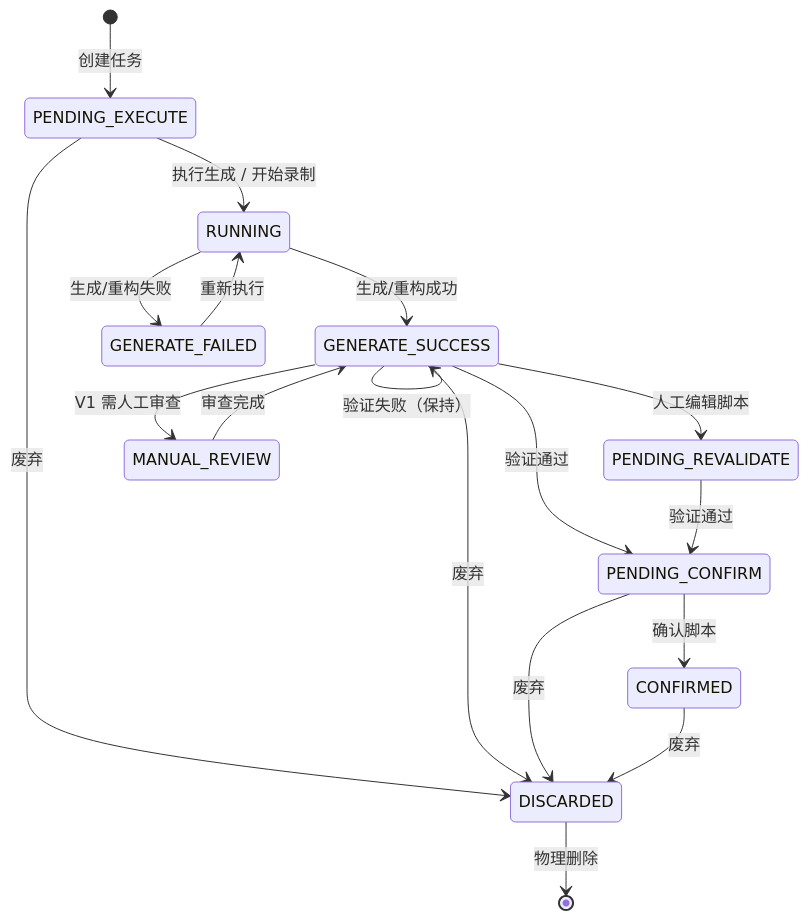
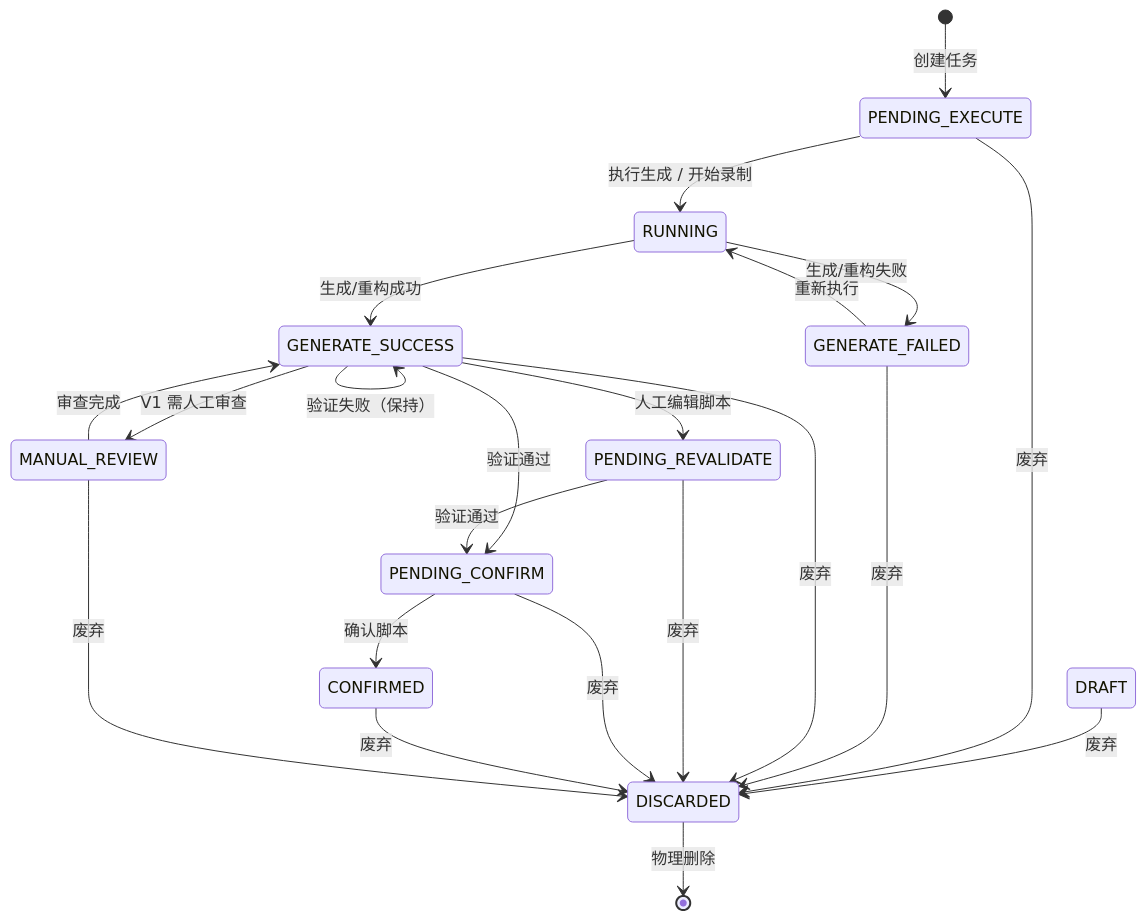
Before and after one commit to zuozuo0320/TestPilot: the third of 6 diagrams in docs/测试管理平台-测试智编模块业务逻辑全景分析-20260402.md, drawn with Mermaid. The commit also changed other lines of this file and 10 other files, not shown here.

````diff
--- a/docs/测试管理平台-测试智编模块业务逻辑全景分析-20260402.md
+++ b/docs/测试管理平台-测试智编模块业务逻辑全景分析-20260402.md
@@ -79,26 +79,30 @@
 ```mermaid
 stateDiagram-v2
     [*] --> PENDING_EXECUTE: 创建任务
 
     PENDING_EXECUTE --> RUNNING: 执行生成 / 开始录制
     RUNNING --> GENERATE_SUCCESS: 生成/重构成功
     RUNNING --> GENERATE_FAILED: 生成/重构失败
     GENERATE_FAILED --> RUNNING: 重新执行
 
     GENERATE_SUCCESS --> PENDING_REVALIDATE: 人工编辑脚本
     GENERATE_SUCCESS --> PENDING_CONFIRM: 验证通过
     GENERATE_SUCCESS --> GENERATE_SUCCESS: 验证失败（保持）
 
     PENDING_REVALIDATE --> PENDING_CONFIRM: 验证通过
     PENDING_CONFIRM --> CONFIRMED: 确认脚本
 
     GENERATE_SUCCESS --> MANUAL_REVIEW: V1 需人工审查
     MANUAL_REVIEW --> GENERATE_SUCCESS: 审查完成
 
+    DRAFT --> DISCARDED: 废弃
     PENDING_EXECUTE --> DISCARDED: 废弃
+    GENERATE_FAILED --> DISCARDED: 废弃
     GENERATE_SUCCESS --> DISCARDED: 废弃
+    PENDING_REVALIDATE --> DISCARDED: 废弃
     PENDING_CONFIRM --> DISCARDED: 废弃
     CONFIRMED --> DISCARDED: 废弃
+    MANUAL_REVIEW --> DISCARDED: 废弃
 
     DISCARDED --> [*]: 物理删除
 ```
````
